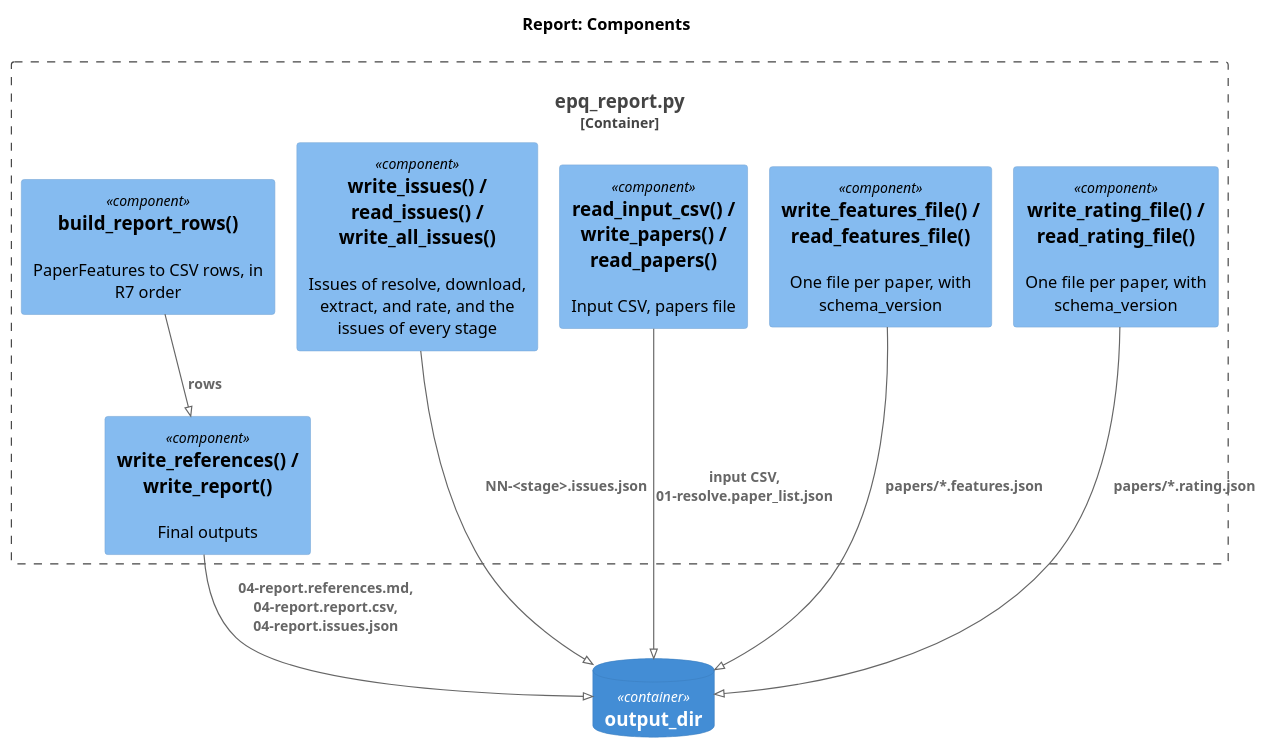
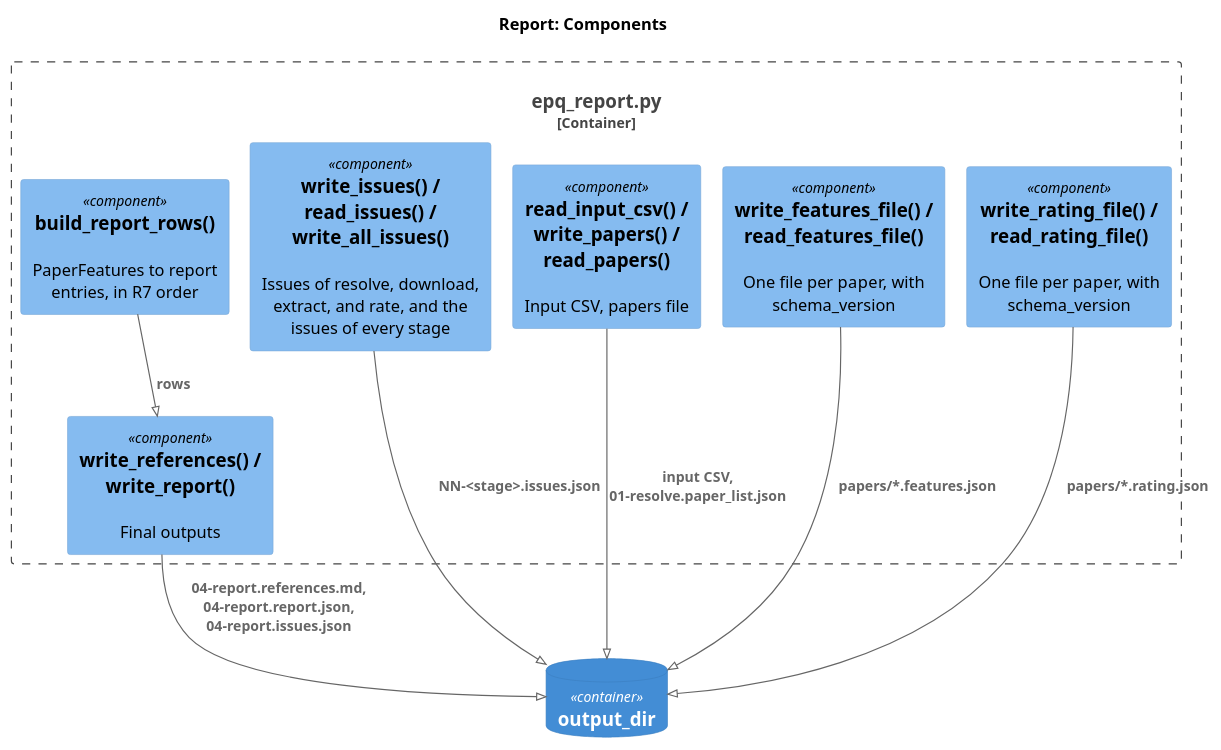
One commit to gpsaggese/gpsaggese.github.io changed the diagram in research/Estimate_academic_paper_quality/docs/02.7-design.report.md. Above: the diagram before and after it, drawn with PlantUML. The commit also changed other lines of this file and 47 other files, not shown here.

````diff
--- a/research/Estimate_academic_paper_quality/docs/02.7-design.report.md
+++ b/research/Estimate_academic_paper_quality/docs/02.7-design.report.md
@@ -47,21 +47,21 @@
 ```plantuml
 !pragma layout smetana
 !include <C4/C4_Component>
 LAYOUT_TOP_DOWN()
 title Report: Components
 Container_Boundary(r, "epq_report.py") {
   Component(state, "write_issues() / read_issues() / write_all_issues()", "", "Issues of resolve, download, extract, and rate, and the issues of every stage")
   Component(csvs, "read_input_csv() / write_papers() / read_papers()", "", "Input CSV, papers file")
   Component(feat, "write_features_file() / read_features_file()", "", "One file per paper, with schema_version")
   Component(rating, "write_rating_file() / read_rating_file()", "", "One file per paper, with schema_version")
-  Component(rows, "build_report_rows()", "", "PaperFeatures to CSV rows, in R7 order")
+  Component(rows, "build_report_rows()", "", "PaperFeatures to report entries, in R7 order")
   Component(out, "write_references() / write_report()", "", "Final outputs")
 }
 ContainerDb(dir, "output_dir", "", "")
 Rel(state, dir, "NN-<stage>.issues.json")
 Rel(csvs, dir, "input CSV, 01-resolve.paper_list.json")
 Rel(feat, dir, "papers/*.features.json")
 Rel(rating, dir, "papers/*.rating.json")
 Rel(rows, out, "rows")
-Rel(out, dir, "04-report.references.md, 04-report.report.csv, 04-report.issues.json")
+Rel(out, dir, "04-report.references.md, 04-report.report.json, 04-report.issues.json")
 ```
````
